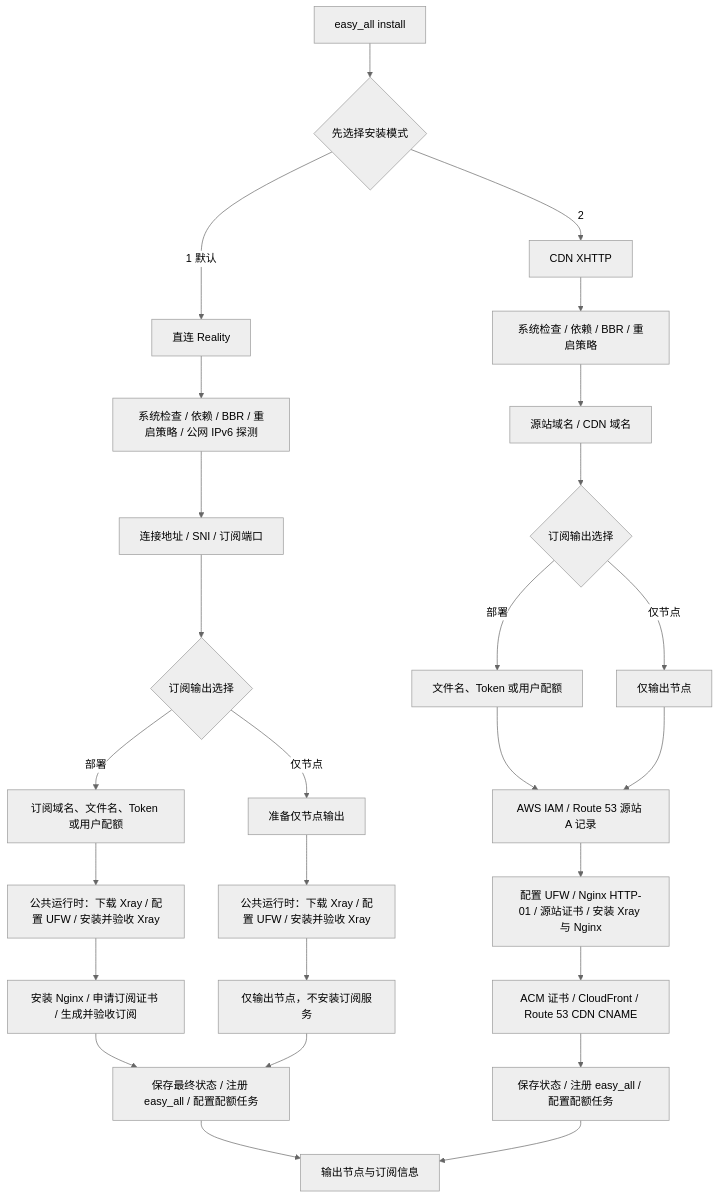
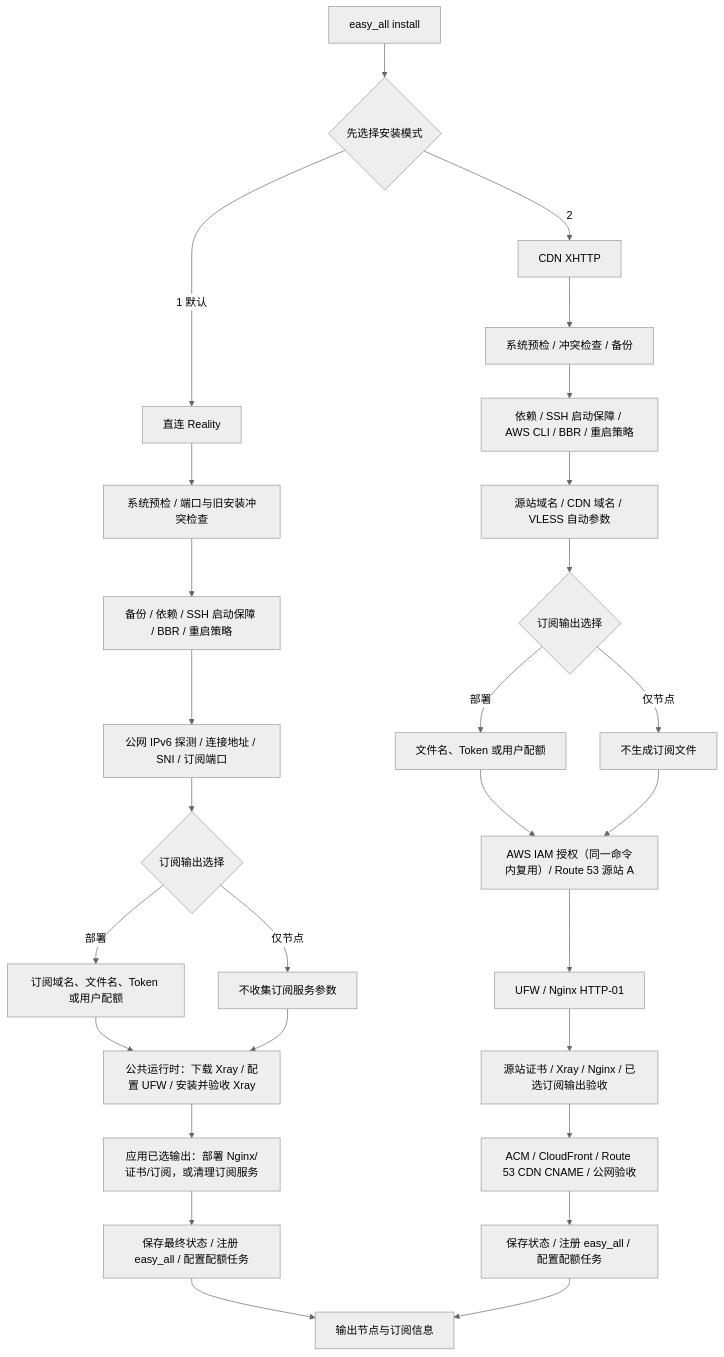
The diagram in README.md (v2yiz/easy_all), drawn with Mermaid (neutral theme) before and after one commit. The commit also changed other lines of this file and 7 other files, not shown here.

````diff
--- a/README.md
+++ b/README.md
@@ -64,31 +64,32 @@
 ```mermaid
 flowchart TD
     A[easy_all install] --> B{先选择安装模式}
 
     B -->|1 默认| R0[直连 Reality]
-    R0 --> R1[系统检查 / 依赖 / BBR / 重启策略 / 公网 IPv6 探测]
-    R1 --> R2[连接地址 / SNI / 订阅端口]
-    R2 --> R3{订阅输出选择}
-    R3 -->|部署| R4[订阅域名、文件名、Token 或用户配额]
-    R3 -->|仅节点| R5[准备仅节点输出]
-    R4 --> R6D[公共运行时：下载 Xray / 配置 UFW / 安装并验收 Xray]
-    R5 --> R6L[公共运行时：下载 Xray / 配置 UFW / 安装并验收 Xray]
-    R6D --> R8[安装 Nginx / 申请订阅证书 / 生成并验收订阅]
-    R6L --> R9[仅输出节点，不安装订阅服务]
-    R8 --> R10[保存最终状态 / 注册 easy_all / 配置配额任务]
-    R9 --> R10
-    R10 --> Z[输出节点与订阅信息]
+    R0 --> R1[系统预检 / 端口与旧安装冲突检查]
+    R1 --> R2[备份 / 依赖 / SSH 启动保障 / BBR / 重启策略]
+    R2 --> R3[公网 IPv6 探测 / 连接地址 / SNI / 订阅端口]
+    R3 --> R4{订阅输出选择}
+    R4 -->|部署| R5[订阅域名、文件名、Token 或用户配额]
+    R4 -->|仅节点| R6[不收集订阅服务参数]
+    R5 --> R7[公共运行时：下载 Xray / 配置 UFW / 安装并验收 Xray]
+    R6 --> R7
+    R7 --> R8[应用已选输出：部署 Nginx/证书/订阅，或清理订阅服务]
+    R8 --> R9[保存最终状态 / 注册 easy_all / 配置配额任务]
+    R9 --> Z[输出节点与订阅信息]
 
     B -->|2| X0[CDN XHTTP]
-    X0 --> X1[系统检查 / 依赖 / BBR / 重启策略]
-    X1 --> X2[源站域名 / CDN 域名]
-    X2 --> X3{订阅输出选择}
-    X3 -->|部署| X4[文件名、Token 或用户配额]
-    X3 -->|仅节点| X5[仅输出节点]
-    X4 --> X6[AWS IAM / Route 53 源站 A 记录]
-    X5 --> X6
-    X6 --> X7[配置 UFW / Nginx HTTP-01 / 源站证书 / 安装 Xray 与 Nginx]
-    X7 --> X8[ACM 证书 / CloudFront / Route 53 CDN CNAME]
-    X8 --> X9[保存状态 / 注册 easy_all / 配置配额任务]
-    X9 --> Z
+    X0 --> X1[系统预检 / 冲突检查 / 备份]
+    X1 --> X2[依赖 / SSH 启动保障 / AWS CLI / BBR / 重启策略]
+    X2 --> X3[源站域名 / CDN 域名 / VLESS 自动参数]
+    X3 --> X4{订阅输出选择}
+    X4 -->|部署| X5[文件名、Token 或用户配额]
+    X4 -->|仅节点| X6[不生成订阅文件]
+    X5 --> X7[AWS IAM 授权（同一命令内复用）/ Route 53 源站 A]
+    X6 --> X7
+    X7 --> X8[UFW / Nginx HTTP-01]
+    X8 --> X9[源站证书 / Xray / Nginx / 已选订阅输出验收]
+    X9 --> X10[ACM / CloudFront / Route 53 CDN CNAME / 公网验收]
+    X10 --> X11[保存状态 / 注册 easy_all / 配置配额任务]
+    X11 --> Z
 ```
````
